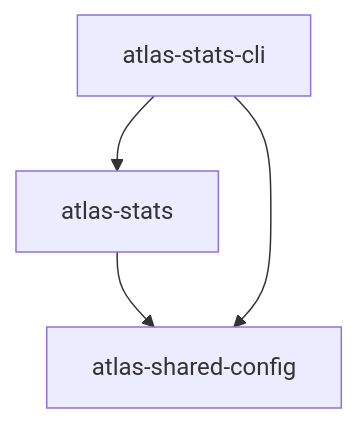
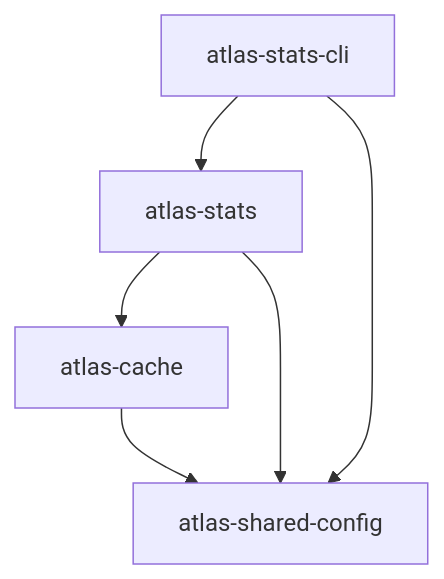
One commit to univ-lehavre/atlas changed diagram 14 of 19 in docs/src/content/docs/architecture/packages.md. Above: the diagram before and after it, drawn with Mermaid. The commit also changed other lines of this file, not shown here.

First line of the commit message:
docs(cache): régénérer la carte des packages (ajout atlas-cache)

````diff
--- a/docs/src/content/docs/architecture/packages.md
+++ b/docs/src/content/docs/architecture/packages.md
@@ -582,9 +593,12 @@
 ```mermaid
 flowchart TD
+  _univ_lehavre_atlas_cache["atlas-cache"]
   _univ_lehavre_atlas_shared_config["atlas-shared-config"]
   _univ_lehavre_atlas_stats["atlas-stats"]
   _univ_lehavre_atlas_stats_cli["atlas-stats-cli"]
+  _univ_lehavre_atlas_cache --> _univ_lehavre_atlas_shared_config
+  _univ_lehavre_atlas_stats --> _univ_lehavre_atlas_cache
   _univ_lehavre_atlas_stats --> _univ_lehavre_atlas_shared_config
   _univ_lehavre_atlas_stats_cli --> _univ_lehavre_atlas_shared_config
   _univ_lehavre_atlas_stats_cli --> _univ_lehavre_atlas_stats
 ```
````
